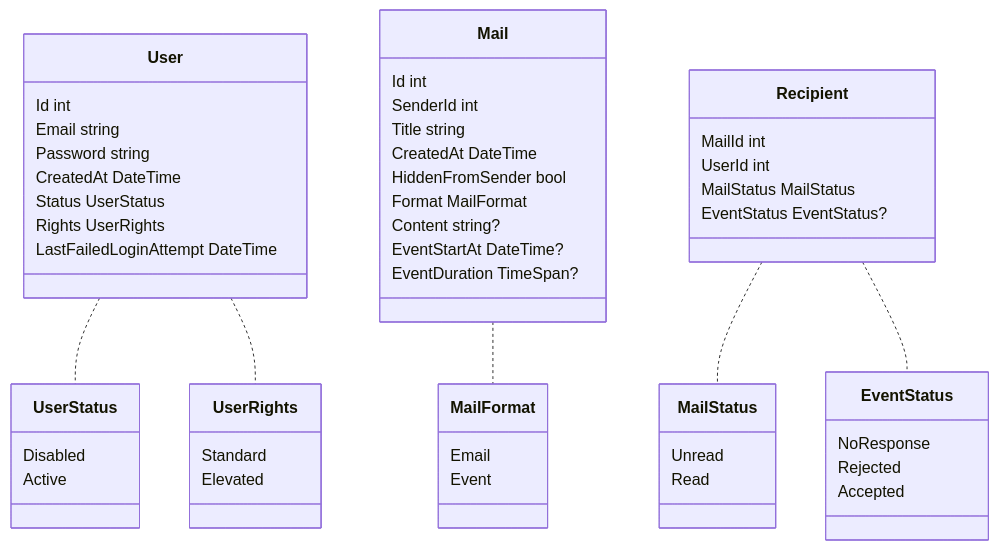
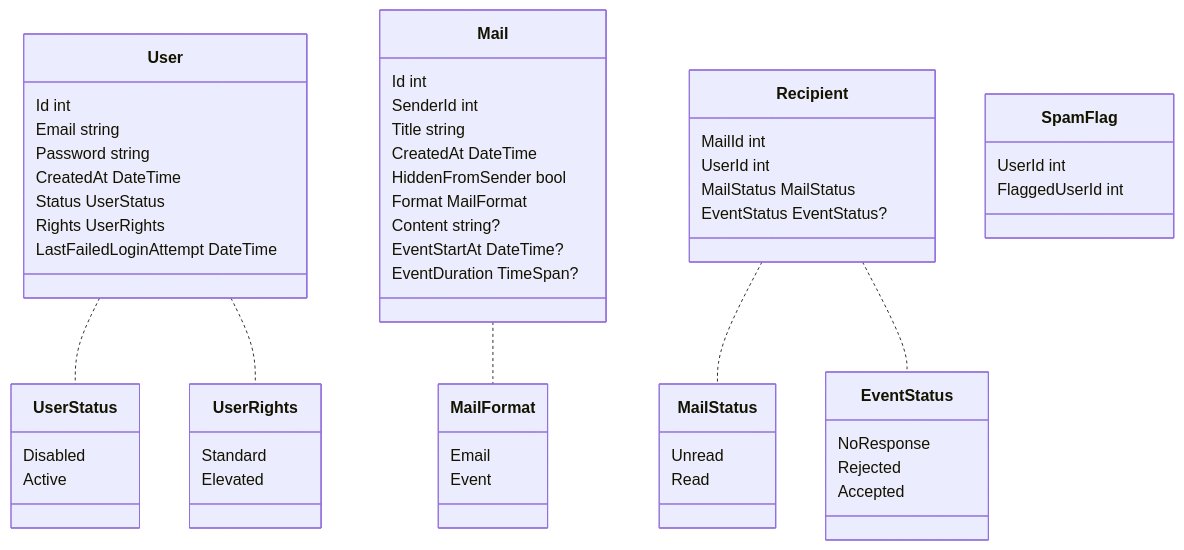
The second of 2 diagrams in README.md (dariomrk/Internship-7-EF-Dmail), drawn with Mermaid before and after one commit.

````diff
--- a/README.md
+++ b/README.md
@@ -38,68 +38,73 @@
 ```mermaid
 classDiagram
 
 
 class User {
   Id int
   Email string
   Password string
   CreatedAt DateTime
   Status UserStatus
   Rights UserRights
   LastFailedLoginAttempt DateTime
 }
 
 class Mail {
   Id int
   SenderId int
   Title string
   CreatedAt DateTime
   HiddenFromSender bool
   Format MailFormat
   Content string?
   EventStartAt DateTime?
   EventDuration TimeSpan?
 }
 
 class Recipient {
   MailId int
   UserId int
   MailStatus MailStatus
   EventStatus EventStatus?
+}
+
+class SpamFlag {
+    UserId int
+    FlaggedUserId int
 }
 
 class EventStatus{
     NoResponse
     Rejected
     Accepted
 }
 
 class MailFormat{
     Email
     Event
 }
 
 class MailStatus{
     Unread
     Read
 }
 
 class UserRights{
     Standard
     Elevated
 }
 
 class UserStatus{
     Disabled
     Active
 }
 
 
 User .. UserStatus
 User .. UserRights
 
 Mail .. MailFormat
 
 Recipient .. MailStatus
 Recipient .. EventStatus
 ```
````
